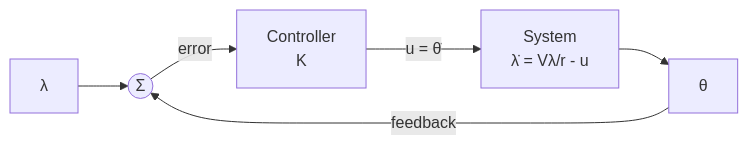
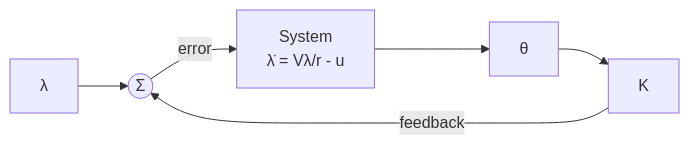
The diagram in README.md (jespernytun/missile-guidance-sim), drawn with Mermaid before and after one commit. The commit also changed other lines of this file, not shown here.

````diff
--- a/README.md
+++ b/README.md
@@ -56,8 +56,8 @@
 ```mermaid
 graph LR
     R[λ] --> S1((Σ))
-    S1 -->|error| K[Controller\nK]
-    K -->|u = θ̇| SYS[System\nλ̇ = Vλ/r - u]
+    S1 -->|error| SYS[System\nλ̇ = Vλ/r - u]
     SYS --> OUT[θ]
-    OUT -->|feedback| S1
+    OUT --> K[K]
+    K -->|feedback| S1
 ```
````
